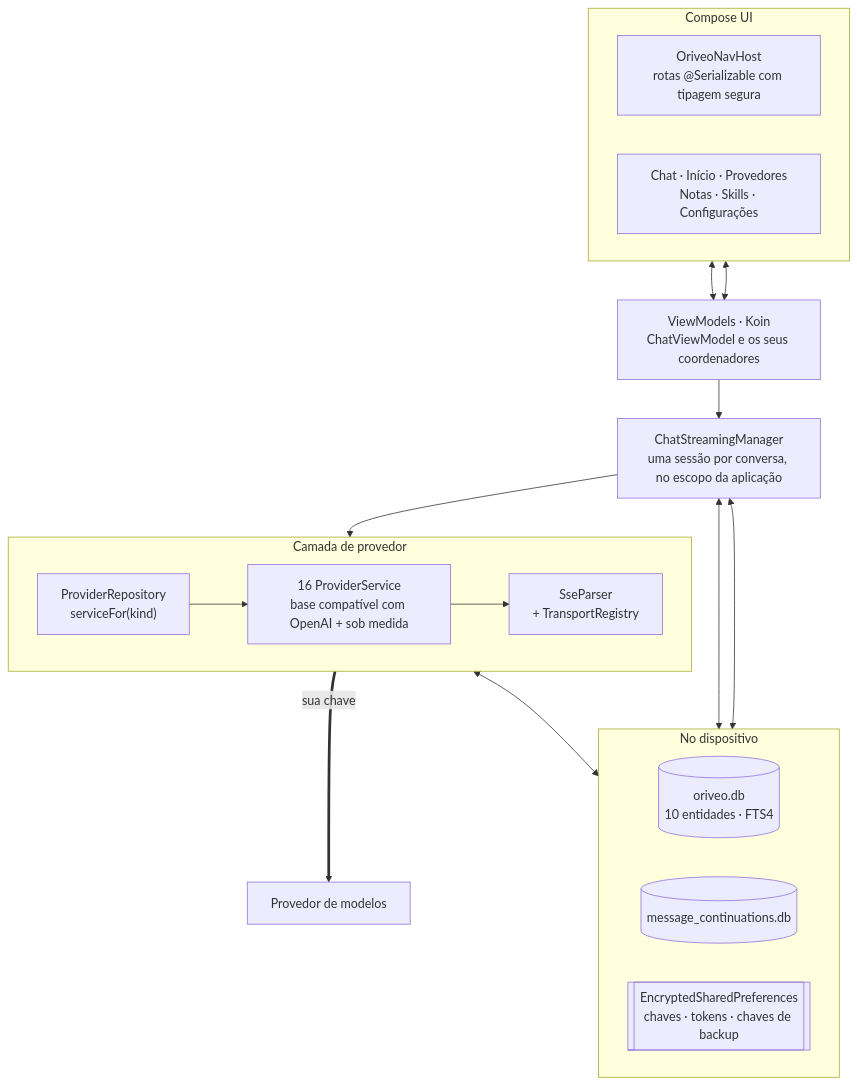
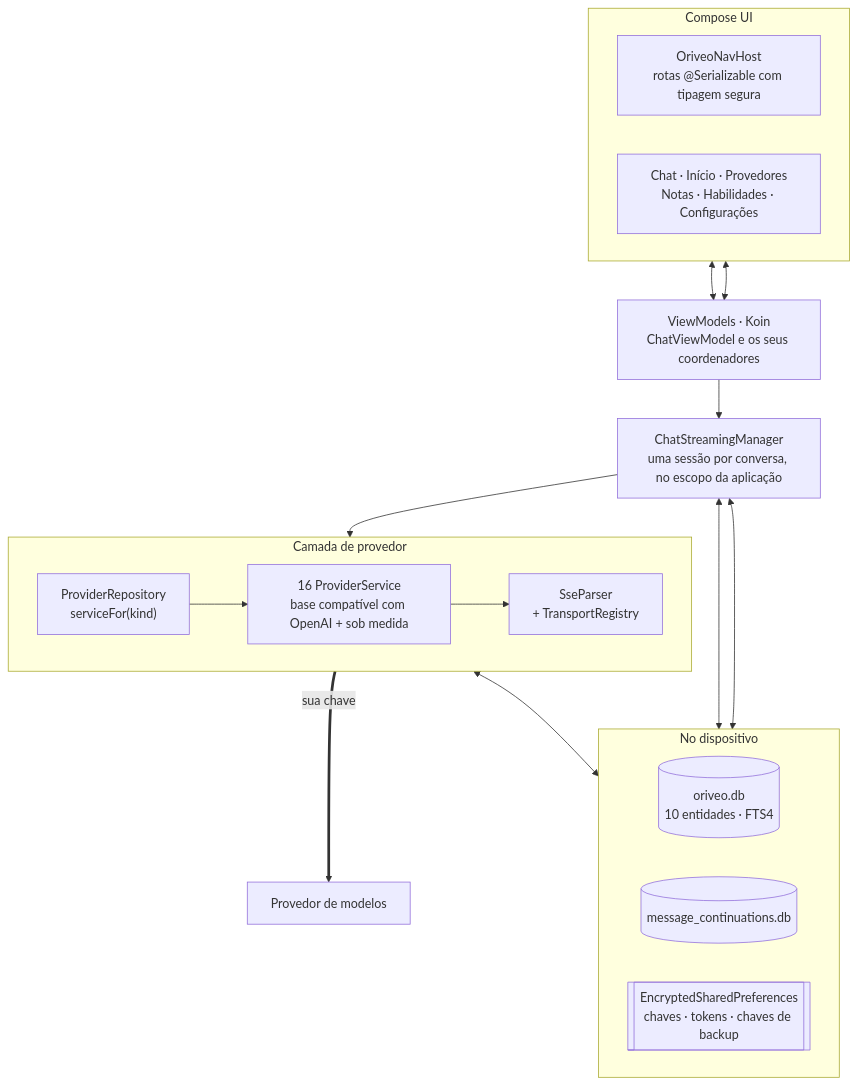
The diagram in readme_i18n/pt-BR/android.md (oriveo/oriveo), drawn with Mermaid before and after one commit. The commit also changed other lines of this file and 89 other files, not shown here.

````diff
--- a/readme_i18n/pt-BR/android.md
+++ b/readme_i18n/pt-BR/android.md
@@ -47,34 +47,34 @@
 ```mermaid
 flowchart TB
     subgraph ui ["Compose UI"]
         direction LR
         nav["OriveoNavHost<br/>rotas @Serializable com tipagem segura"]
-        screens["Chat · Início · Provedores<br/>Notas · Skills · Configurações"]
+        screens["Chat · Início · Provedores<br/>Notas · Habilidades · Configurações"]
     end
 
     vms["ViewModels · Koin<br/>ChatViewModel e os seus coordenadores"]
 
     streaming["ChatStreamingManager<br/>uma sessão por conversa, no escopo da aplicação"]
 
     subgraph data ["No dispositivo"]
         direction LR
         room[("oriveo.db<br/>10 entidades · FTS4")]
         cont[("message_continuations.db")]
         keys[["EncryptedSharedPreferences<br/>chaves · tokens · chaves de backup"]]
     end
 
     subgraph net ["Camada de provedor"]
         direction LR
         repo["ProviderRepository<br/>serviceFor(kind)"]
         svc["16 ProviderService<br/>base compatível com OpenAI + sob medida"]
         sse["SseParser<br/>+ TransportRegistry"]
     end
 
     nav & screens <--> vms
     vms --> streaming
     streaming --> repo
     repo --> svc --> sse
     streaming <--> room & cont
     svc <--> keys
     sse ==>|"sua chave"| up["Provedor de modelos"]
 ```
````
